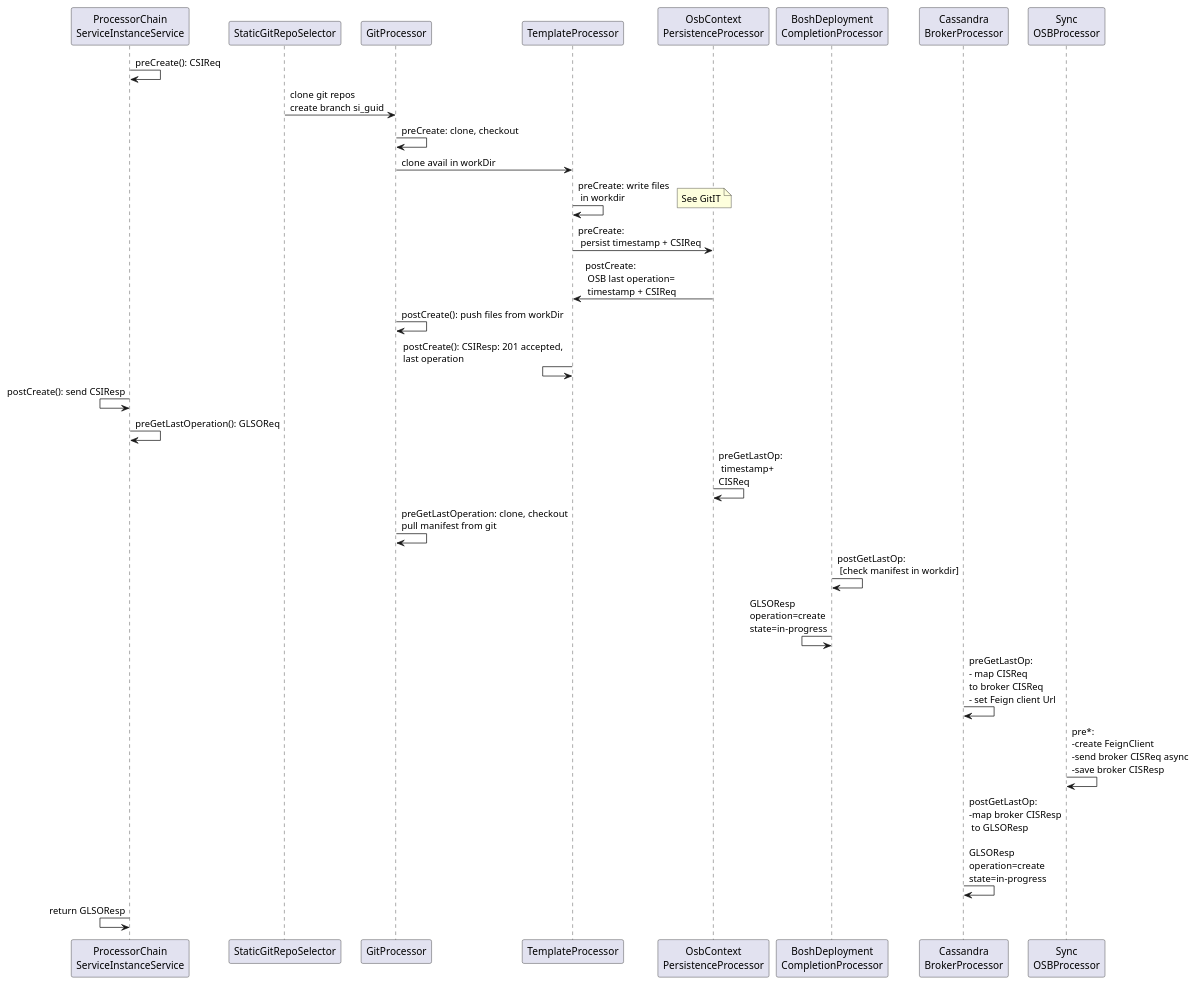
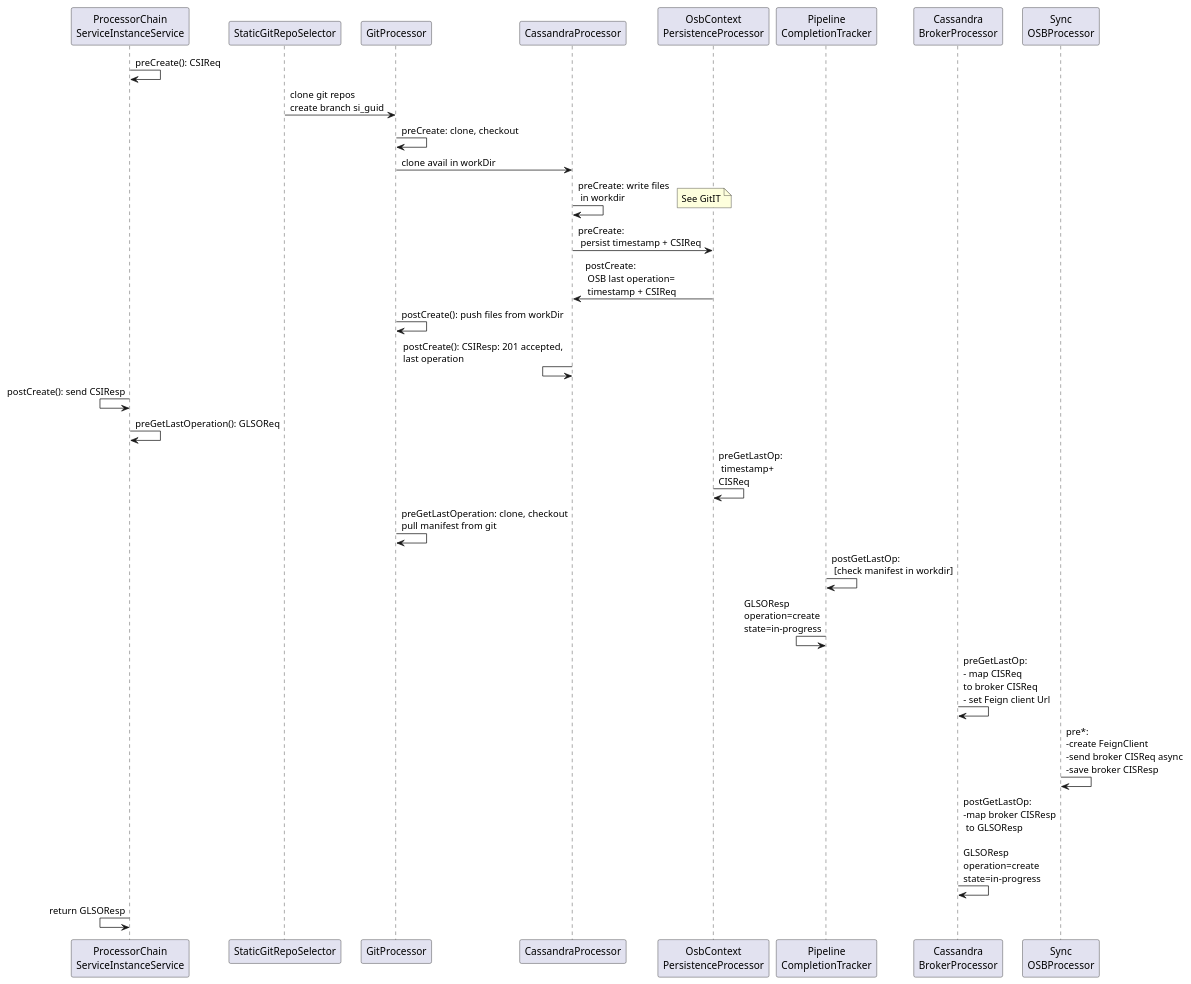
Before and after one commit to orange-cloudfoundry/cf-ops-automation-broker: the diagram in docs/provisionning_seq.puml, drawn with PlantUML. The commit also changed 1 other file, not shown here.

Commit message:
Updated sequence diagram and TODO

```diff
--- a/docs/provisionning_seq.puml
+++ b/docs/provisionning_seq.puml
@@ -1,44 +1,44 @@
 @startuml
 ' - static git repo selector processor: specifies expected git repos, and branches
 ' - dynamic git repo selector processor: specifies expected git repos, and branches (from OSB service instance guid)
 ' - cassandra deployment templates processor: generates/updates/deletes files following create/update/delete OSB key in context
 ' - bosh deployment completion processor:
 '    - observe bosh deployment completion (through manifest.yml)
 '    - write OSB failed async create/update/delete response on timeout
 ' - cassandra service broker processor: maps ingress OSB request to egress OSB requests
 ' - git processor
 ' - credhub processor
 ' - sync osb processor: make sync OSB
 ' - osb async operation context persistence processor: mux/demux state (creation time, request) into OSB operation field
 ' ProcessorChainServiceInstanceService = PCSIS
 
 participant "ProcessorChain\nServiceInstanceService" as PCSIS
 PCSIS -> PCSIS: preCreate(): CSIReq
 StaticGitRepoSelector -> GitProcessor: clone git repos \ncreate branch si_guid
 GitProcessor -> GitProcessor: preCreate: clone, checkout
-GitProcessor -> TemplateProcessor: clone avail in workDir
-TemplateProcessor -> TemplateProcessor: preCreate: write files\n in workdir
+GitProcessor -> CassandraProcessor: clone avail in workDir
+CassandraProcessor -> CassandraProcessor: preCreate: write files\n in workdir
 note right
     See GitIT
 end note
 participant "OsbContext\nPersistenceProcessor" as OsbContextPersistence
-TemplateProcessor -> OsbContextPersistence: preCreate:\n persist timestamp + CSIReq
-TemplateProcessor <- OsbContextPersistence: postCreate:\n OSB last operation=\n timestamp + CSIReq
+CassandraProcessor -> OsbContextPersistence: preCreate:\n persist timestamp + CSIReq
+CassandraProcessor <- OsbContextPersistence: postCreate:\n OSB last operation=\n timestamp + CSIReq
 GitProcessor -> GitProcessor: postCreate(): push files from workDir
-TemplateProcessor <- TemplateProcessor: postCreate(): CSIResp: 201 accepted,  \nlast operation
+CassandraProcessor <- CassandraProcessor: postCreate(): CSIResp: 201 accepted,  \nlast operation
 PCSIS <- PCSIS: postCreate(): send CSIResp
-participant "BoshDeployment\nCompletionProcessor" as BoshDeploymentCompletionProcessor
+participant "Pipeline\nCompletionTracker" as BoshDeploymentCompletionProcessor
 PCSIS -> PCSIS: preGetLastOperation(): GLSOReq
 OsbContextPersistence -> OsbContextPersistence: preGetLastOp:\n timestamp+\nCISReq
 GitProcessor -> GitProcessor: preGetLastOperation: clone, checkout\npull manifest from git
 participant "Cassandra\nBrokerProcessor" as CassBrokerProcessor
 BoshDeploymentCompletionProcessor ->BoshDeploymentCompletionProcessor : postGetLastOp:\n [check manifest in workdir]
 BoshDeploymentCompletionProcessor <- BoshDeploymentCompletionProcessor:  GLSOResp \noperation=create\nstate=in-progress
 CassBrokerProcessor -> CassBrokerProcessor: preGetLastOp:\n- map CISReq \nto broker CISReq\n- set Feign client Url
 participant "Sync\nOSBProcessor" as OSBProcessor
 OSBProcessor -> OSBProcessor: pre*:\n-create FeignClient\n-send broker CISReq async\n-save broker CISResp
 CassBrokerProcessor -> CassBrokerProcessor: postGetLastOp:\n-map broker CISResp\n to GLSOResp\n\nGLSOResp \noperation=create\nstate=in-progress
 PCSIS <- PCSIS:  return GLSOResp
 
 
 @enduml
```
